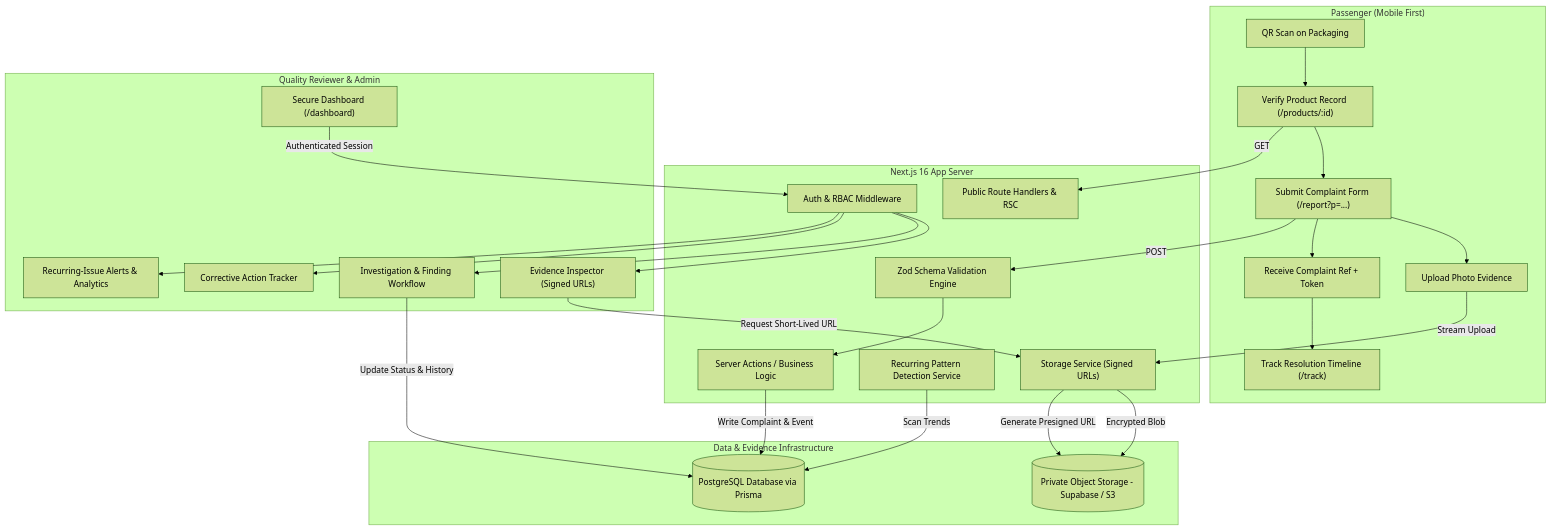
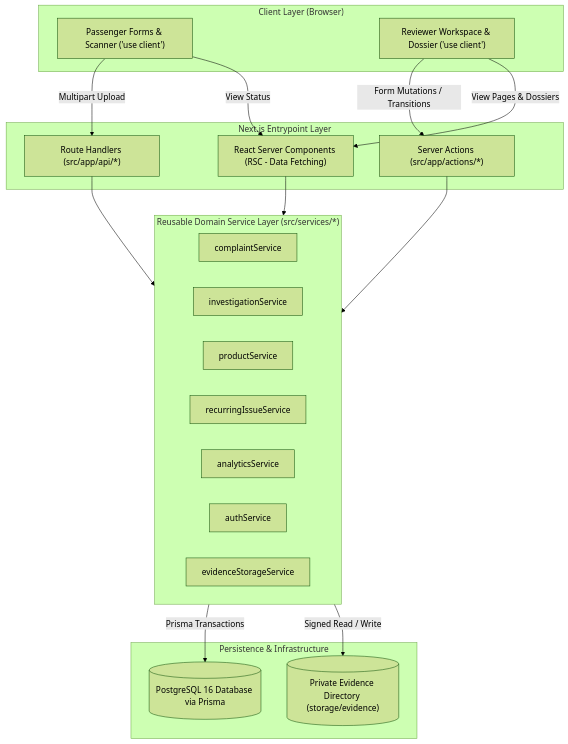
The diagram in docs/ARCHITECTURE.md (rkk416/railguard), drawn with Mermaid (forest theme) before and after one commit. The commit also changed other lines of this file and 89 other files, not shown here.

````diff
--- a/docs/ARCHITECTURE.md
+++ b/docs/ARCHITECTURE.md
@@ -17,46 +19,40 @@
 ```mermaid
 flowchart TD
-    subgraph Passenger["Passenger (Mobile First)"]
-        A1["QR Scan on Packaging"] --> A2["Verify Product Record (/products/:id)"]
-        A2 --> A3["Submit Complaint Form (/report?p=...)"]
-        A3 --> A4["Upload Photo Evidence"]
-        A3 --> A5["Receive Complaint Ref + Token"]
-        A5 --> A6["Track Resolution Timeline (/track)"]
+    subgraph ClientLayer["Client Layer (Browser)"]
+        UI_Pass["Passenger Forms & Scanner ('use client')"]
+        UI_Dash["Reviewer Workspace & Dossier ('use client')"]
     end
 
-    subgraph AppServer["Next.js 16 App Server"]
-        B1["Public Route Handlers & RSC"]
-        B2["Zod Schema Validation Engine"]
-        B3["Server Actions / Business Logic"]
-        B4["Auth & RBAC Middleware"]
-        B5["Recurring Pattern Detection Service"]
-        B6["Storage Service (Signed URLs)"]
+    subgraph Entrypoints["Next.js Entrypoint Layer"]
+        RSC["React Server Components (RSC - Data Fetching)"]
+        SA["Server Actions (src/app/actions/*)"]
+        RH["Route Handlers (src/app/api/*)"]
     end
 
-    subgraph OperationalReviewer["Quality Reviewer & Admin"]
-        C1["Secure Dashboard (/dashboard)"]
-        C2["Evidence Inspector (Signed URLs)"]
-        C3["Investigation & Finding Workflow"]
-        C4["Corrective Action Tracker"]
-        C5["Recurring-Issue Alerts & Analytics"]
+    subgraph ServiceLayer["Reusable Domain Service Layer (src/services/*)"]
+        S_Complaint["complaintService"]
+        S_Invest["investigationService"]
+        S_Product["productService"]
+        S_Recurring["recurringIssueService"]
+        S_Analytics["analyticsService"]
+        S_Auth["authService"]
+        S_Storage["evidenceStorageService"]
     end
 
-    subgraph StorageLayer["Data & Evidence Infrastructure"]
-        D1[("PostgreSQL Database via Prisma")]
-        D2[("Private Object Storage - Supabase / S3")]
+    subgraph DataLayer["Persistence & Infrastructure"]
+        DB[("PostgreSQL 16 Database via Prisma")]
+        Storage[("Private Evidence Directory (storage/evidence)")]
     end
 
-    A2 -->|GET| B1
-    A3 -->|POST| B2
-    B2 --> B3
-    B3 -->|Write Complaint & Event| D1
-    A4 -->|Stream Upload| B6
-    B6 -->|Encrypted Blob| D2
+    UI_Pass -->|Multipart Upload| RH
+    UI_Pass -->|View Status| RSC
+    UI_Dash -->|Form Mutations / Transitions| SA
+    UI_Dash -->|View Pages & Dossiers| RSC
 
-    C1 -->|Authenticated Session| B4
-    B4 --> C2 & C3 & C4 & C5
-    C3 -->|Update Status & History| D1
-    C2 -->|Request Short-Lived URL| B6
-    B6 -->|Generate Presigned URL| D2
-    B5 -->|Scan Trends| D1
+    RSC --> ServiceLayer
+    SA --> ServiceLayer
+    RH --> ServiceLayer
+
+    ServiceLayer -->|Prisma Transactions| DB
+    ServiceLayer -->|Signed Read / Write| Storage
 ```
````
